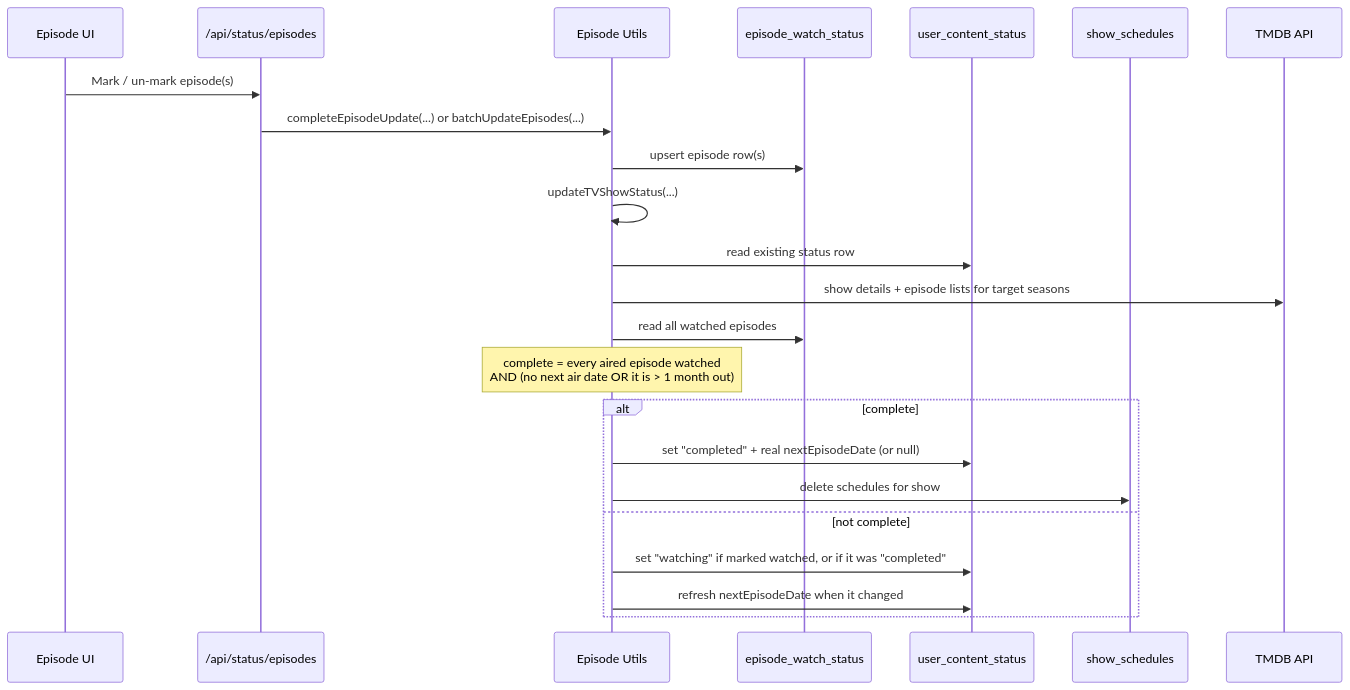
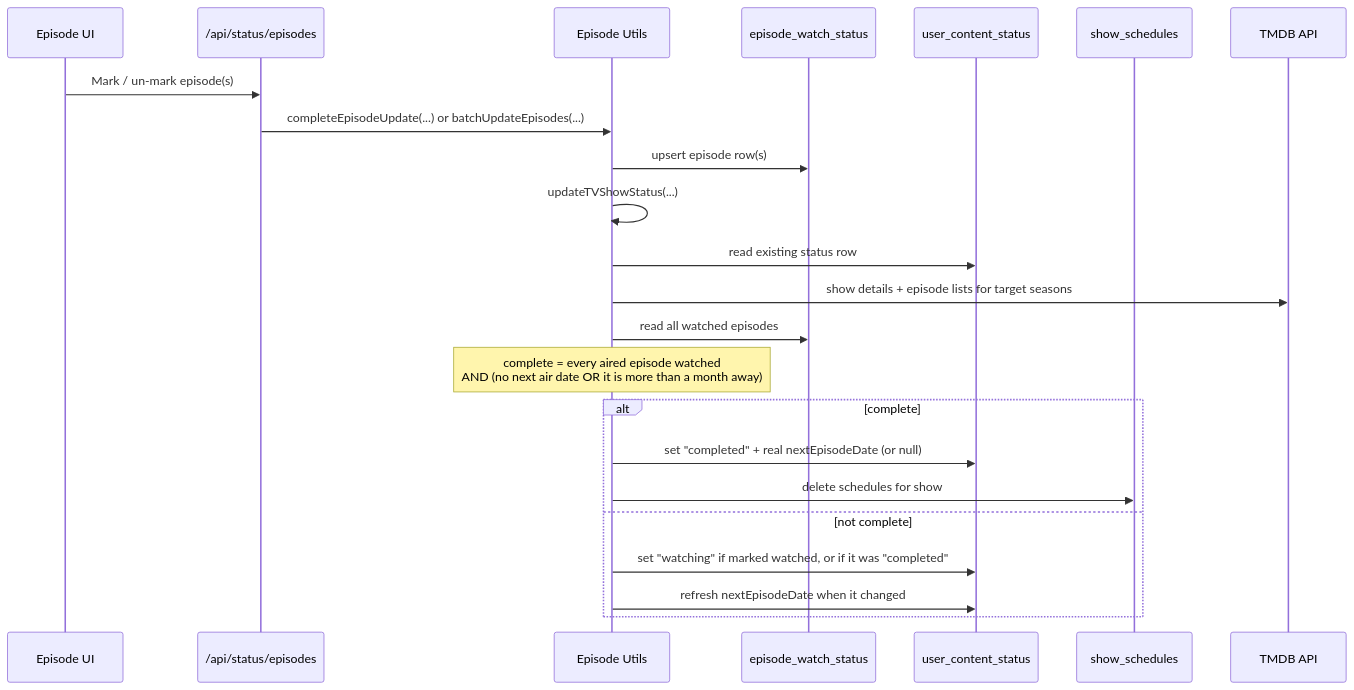
The second of 2 diagrams in docs/domain/content-status.md (benpaulsen4/watch-this), drawn with Mermaid before and after one commit.

Commit message:
docs(content-status): avoid a bare > inside mermaid note text
Reworded to "more than a month away" so the note carries no character
that a mermaid parser could try to read as an arrow.

````diff
--- a/docs/domain/content-status.md
+++ b/docs/domain/content-status.md
@@ -188,26 +188,26 @@
 ```mermaid
 sequenceDiagram
   participant UI as Episode UI
   participant API as /api/status/episodes
   participant Episodes as Episode Utils
   participant Episodes_DB as episode_watch_status
   participant Status as user_content_status
   participant Schedules as show_schedules
   participant TMDB as TMDB API
 
   UI->>API: Mark / un-mark episode(s)
   API->>Episodes: completeEpisodeUpdate(...) or batchUpdateEpisodes(...)
   Episodes->>Episodes_DB: upsert episode row(s)
   Episodes->>Episodes: updateTVShowStatus(...)
   Episodes->>Status: read existing status row
   Episodes->>TMDB: show details + episode lists for target seasons
   Episodes->>Episodes_DB: read all watched episodes
-  Note over Episodes: complete = every aired episode watched<br/>AND (no next air date OR it is > 1 month out)
+  Note over Episodes: complete = every aired episode watched<br/>AND (no next air date OR it is more than a month away)
   alt complete
     Episodes->>Status: set "completed" + real nextEpisodeDate (or null)
     Episodes->>Schedules: delete schedules for show
   else not complete
     Episodes->>Status: set "watching" if marked watched, or if it was "completed"
     Episodes->>Status: refresh nextEpisodeDate when it changed
   end
 ```
````
